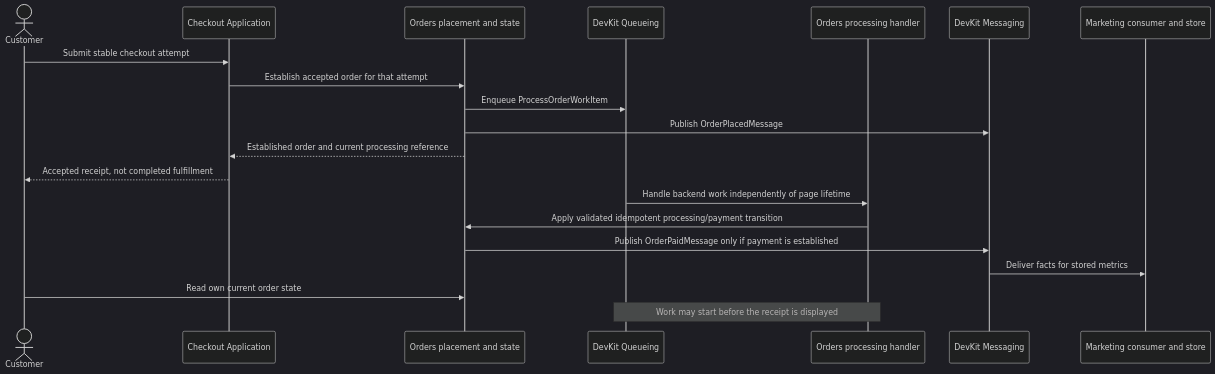
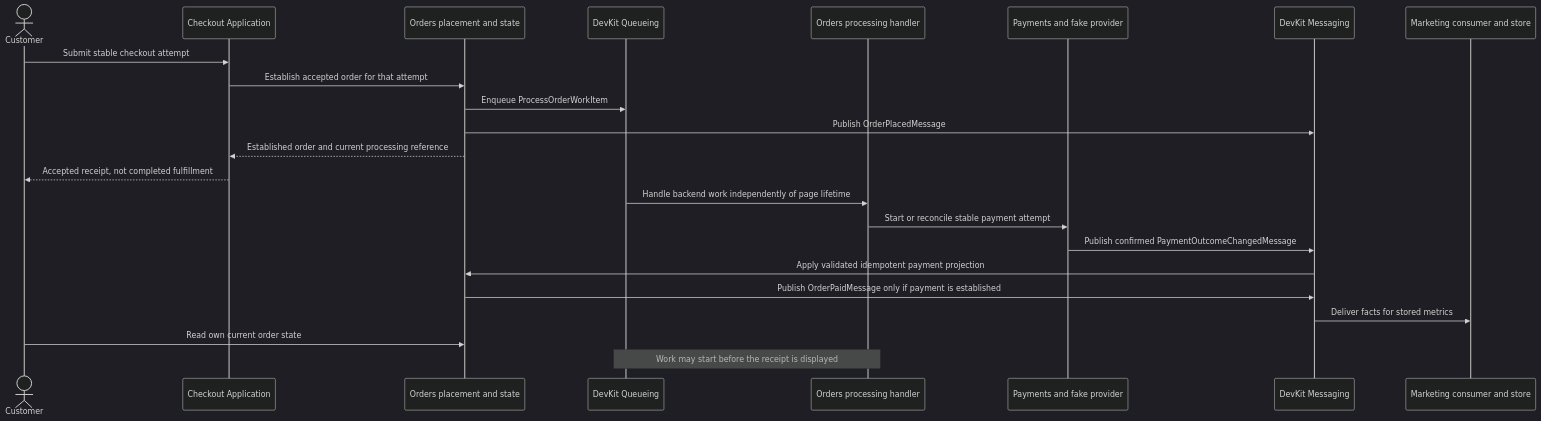
Before and after one commit to BridgingIT-GmbH/bITdevKit: the fourth of 8 diagrams in docs/specs/spec-shopfiesta-backend-showcase.md, drawn with Mermaid (dark theme). The commit also changed other lines of this file and 10 other files, not shown here.

````diff
--- a/docs/specs/spec-shopfiesta-backend-showcase.md
+++ b/docs/specs/spec-shopfiesta-backend-showcase.md
@@ -123,22 +265,25 @@
 ```mermaid
 sequenceDiagram
     actor Customer
     participant Checkout as Checkout Application
     participant Orders as Orders placement and state
     participant Queue as DevKit Queueing
     participant Worker as Orders processing handler
+    participant Payments as Payments and fake provider
     participant Messaging as DevKit Messaging
     participant Marketing as Marketing consumer and store
     Customer->>Checkout: Submit stable checkout attempt
     Checkout->>Orders: Establish accepted order for that attempt
     Orders->>Queue: Enqueue ProcessOrderWorkItem
     Orders->>Messaging: Publish OrderPlacedMessage
     Orders-->>Checkout: Established order and current processing reference
     Checkout-->>Customer: Accepted receipt, not completed fulfillment
     Queue->>Worker: Handle backend work independently of page lifetime
-    Worker->>Orders: Apply validated idempotent processing/payment transition
+    Worker->>Payments: Start or reconcile stable payment attempt
+    Payments->>Messaging: Publish confirmed PaymentOutcomeChangedMessage
+    Messaging->>Orders: Apply validated idempotent payment projection
     Orders->>Messaging: Publish OrderPaidMessage only if payment is established
     Messaging->>Marketing: Deliver facts for stored metrics
     Customer->>Orders: Read own current order state
     Note over Queue,Worker: Work may start before the receipt is displayed
 ```
````
